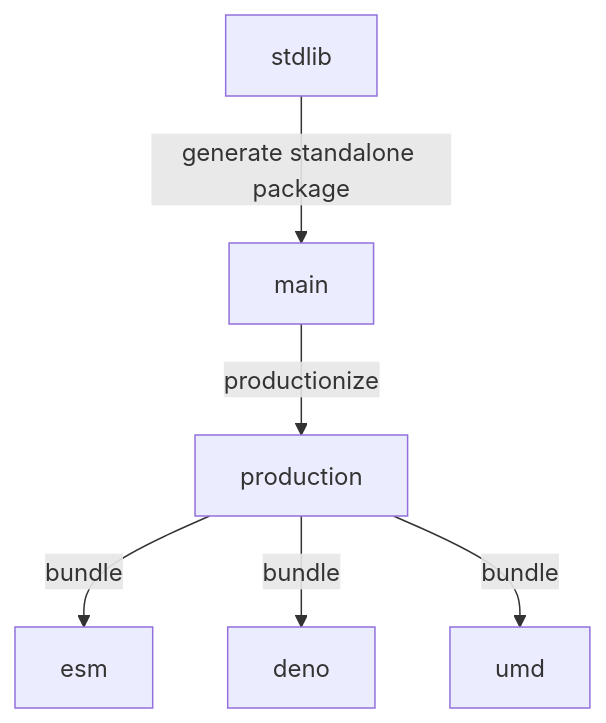
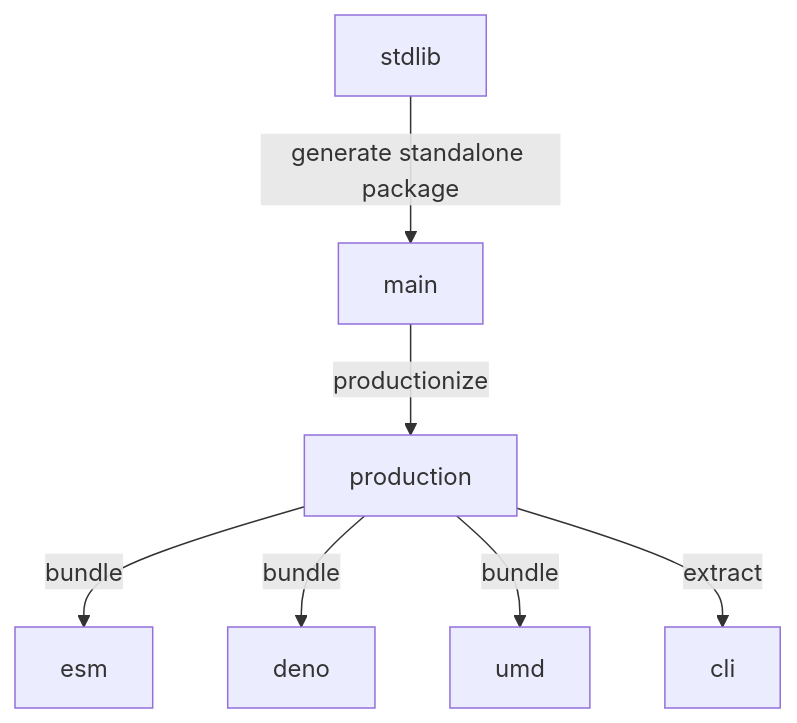
Before and after one commit to stdlib-js/utils-type-min: the diagram in branches.md, drawn with Mermaid. The commit also changed other lines of this file and 8 other files, not shown here.

````diff
--- a/branches.md
+++ b/branches.md
@@ -33,15 +34,17 @@
 ```mermaid
 graph TD;
 A[stdlib]-->|generate standalone package|B;
 B[main] -->|productionize| C[production];
 C -->|bundle| D[esm];
 C -->|bundle| E[deno];
 C -->|bundle| F[umd];
+C -->|extract| G[cli];
 
-click A href "https://github.com/stdlib-js/stdlib/tree/develop/lib/node_modules/%40stdlib/utils/type-min"
-click B href "https://github.com/stdlib-js/utils-type-min/tree/main"
-click C href "https://github.com/stdlib-js/utils-type-min/tree/production"
-click D href "https://github.com/stdlib-js/utils-type-min/tree/esm"
-click E href "https://github.com/stdlib-js/utils-type-min/tree/deno"
-click F href "https://github.com/stdlib-js/utils-type-min/tree/umd"
+%% click A href "https://github.com/stdlib-js/stdlib/tree/develop/lib/node_modules/%40stdlib/utils/type-min"
+%% click B href "https://github.com/stdlib-js/utils-type-min/tree/main"
+%% click C href "https://github.com/stdlib-js/utils-type-min/tree/production"
+%% click D href "https://github.com/stdlib-js/utils-type-min/tree/esm"
+%% click E href "https://github.com/stdlib-js/utils-type-min/tree/deno"
+%% click F href "https://github.com/stdlib-js/utils-type-min/tree/umd"
+%% click G href "https://github.com/stdlib-js/utils-type-min/tree/cli"
 ```
````
